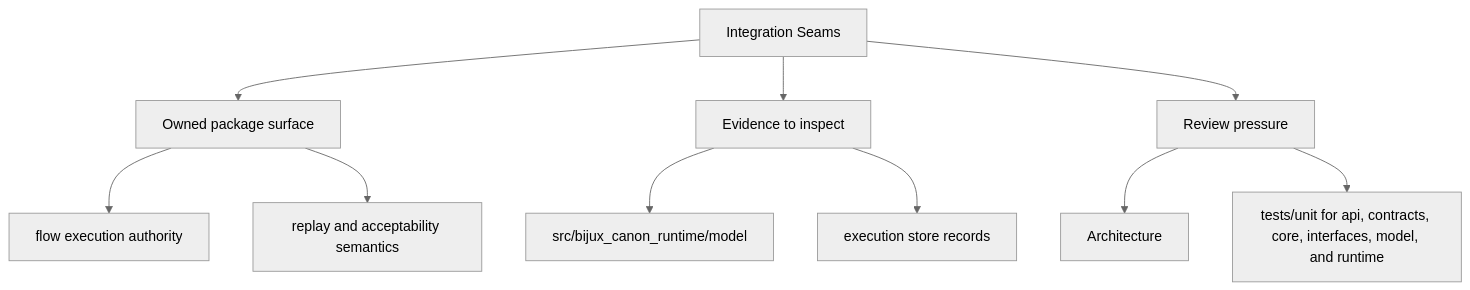
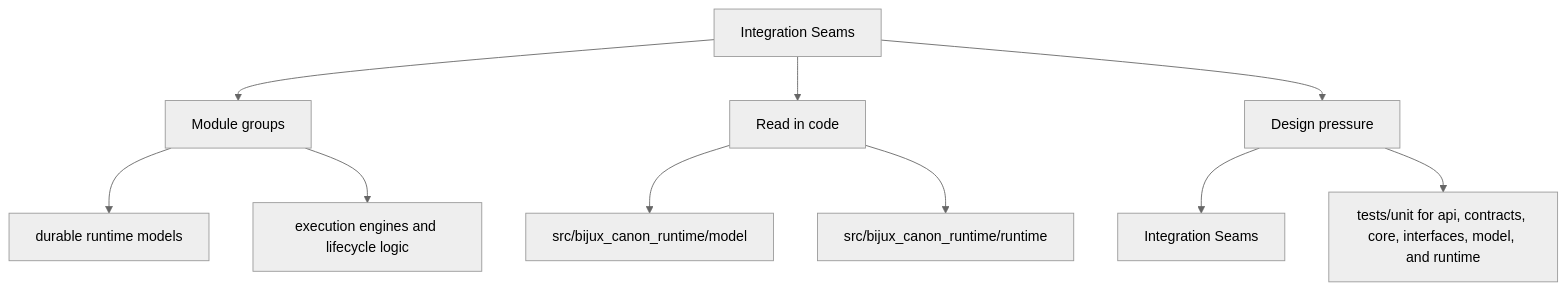
The second of 2 diagrams in docs/bijux-canon-runtime/architecture/integration-seams.md (bijux/bijux-canon), drawn with Mermaid (neutral theme) before and after one commit. The commit also changed other lines of this file and 250 other files, not shown here.

Commit message:
docs(diagrams): make product page maps more readable

````diff
--- a/docs/bijux-canon-runtime/architecture/integration-seams.md
+++ b/docs/bijux-canon-runtime/architecture/integration-seams.md
@@ -35,22 +35,22 @@
 ```mermaid
 flowchart TD
     page["Integration Seams"]
-    focus1["Owned package surface"]
+    focus1["Module groups"]
     page --> focus1
-    focus1_1["flow execution authority"]
+    focus1_1["durable runtime models"]
     focus1 --> focus1_1
-    focus1_2["replay and acceptability semantics"]
+    focus1_2["execution engines and lifecycle logic"]
     focus1 --> focus1_2
-    focus2["Evidence to inspect"]
+    focus2["Read in code"]
     page --> focus2
     focus2_1["src/bijux_canon_runtime/model"]
     focus2 --> focus2_1
-    focus2_2["execution store records"]
+    focus2_2["src/bijux_canon_runtime/runtime"]
     focus2 --> focus2_2
-    focus3["Review pressure"]
+    focus3["Design pressure"]
     page --> focus3
-    focus3_1["Architecture"]
+    focus3_1["Integration Seams"]
     focus3 --> focus3_1
     focus3_2["tests/unit for api, contracts, core, interfaces, model, and runtime"]
     focus3 --> focus3_2
 ```
````
